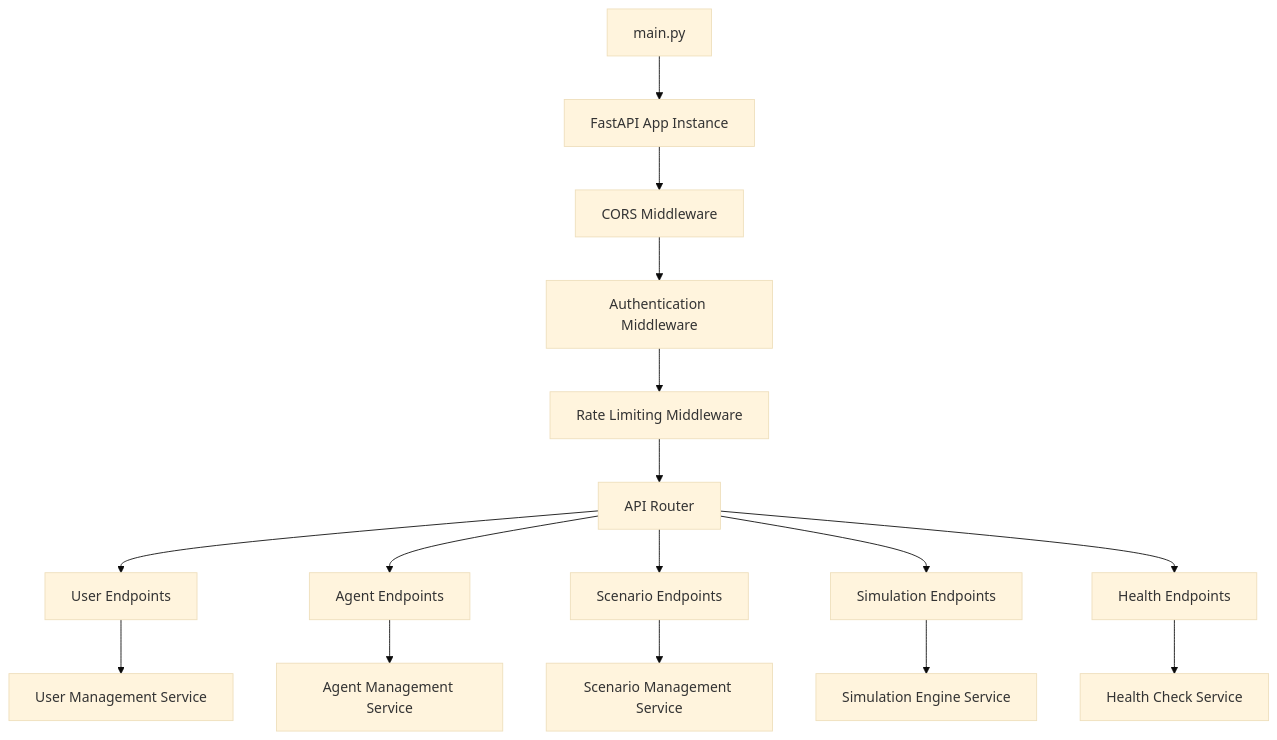
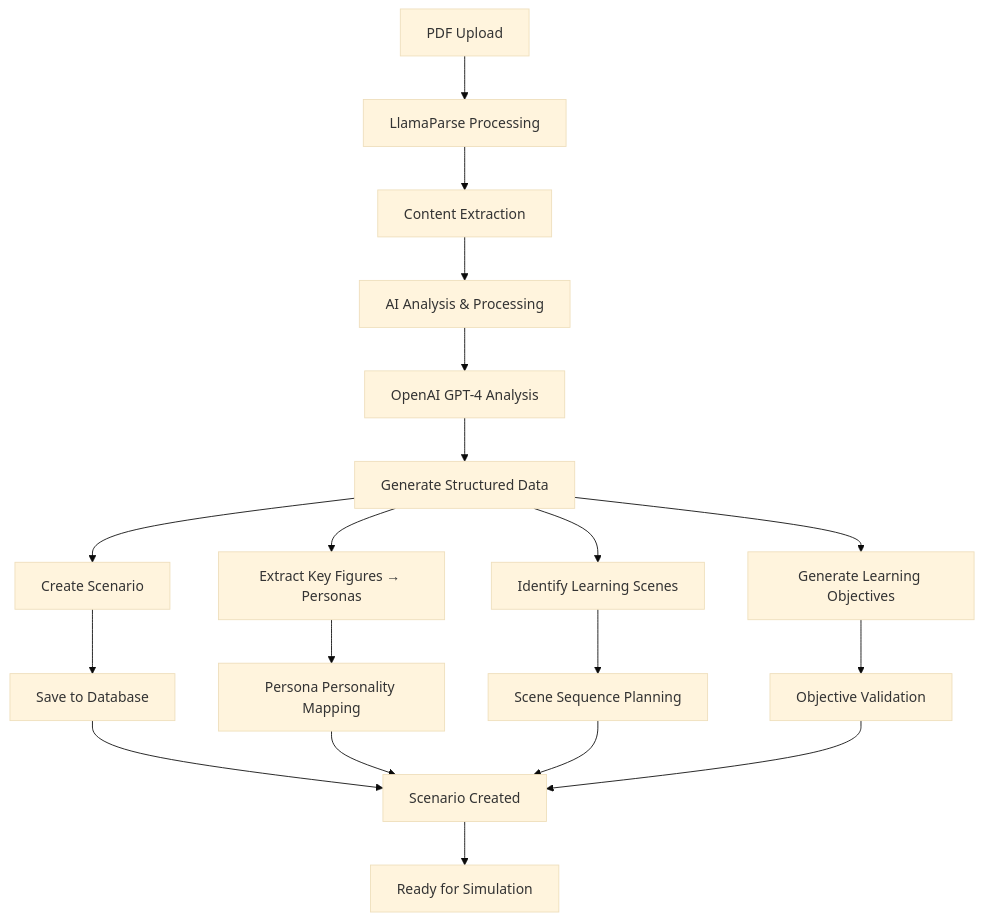
The second of 7 diagrams in backend/docs/architecture/system-overview.md (Sbcoit/forked-ai-agent-education-platform), drawn with Mermaid (base theme) before and after one commit. The commit also changed other lines of this file and 5 other files, not shown here.

````diff
--- a/backend/docs/architecture/system-overview.md
+++ b/backend/docs/architecture/system-overview.md
@@ -178,20 +178,25 @@
 ```mermaid
 graph TD
-    A[main.py] --> B[FastAPI App Instance]
-    B --> C[CORS Middleware]
-    C --> D[Authentication Middleware]
-    D --> E[Rate Limiting Middleware]
-    E --> F[API Router]
+    A[PDF Upload] --> B[LlamaParse Processing]
+    B --> C[Content Extraction]
+    C --> D[AI Analysis & Processing]
+    D --> E[OpenAI GPT-4 Analysis]
+    E --> F[Generate Structured Data]
     
-    F --> G[User Endpoints]
-    F --> H[Agent Endpoints]
-    F --> I[Scenario Endpoints]
-    F --> J[Simulation Endpoints]
-    F --> K[Health Endpoints]
+    F --> G[Create Scenario]
+    F --> H[Extract Key Figures → Personas]
+    F --> I[Identify Learning Scenes]
+    F --> J[Generate Learning Objectives]
     
-    G --> L[User Management Service]
-    H --> M[Agent Management Service]
-    I --> N[Scenario Management Service]
-    J --> O[Simulation Engine Service]
-    K --> P[Health Check Service]
+    G --> K[Save to Database]
+    H --> L[Persona Personality Mapping]
+    I --> M[Scene Sequence Planning]
+    J --> N[Objective Validation]
+    
+    K --> O[Scenario Created]
+    L --> O
+    M --> O
+    N --> O
+    
+    O --> P[Ready for Simulation]
 ```
````
